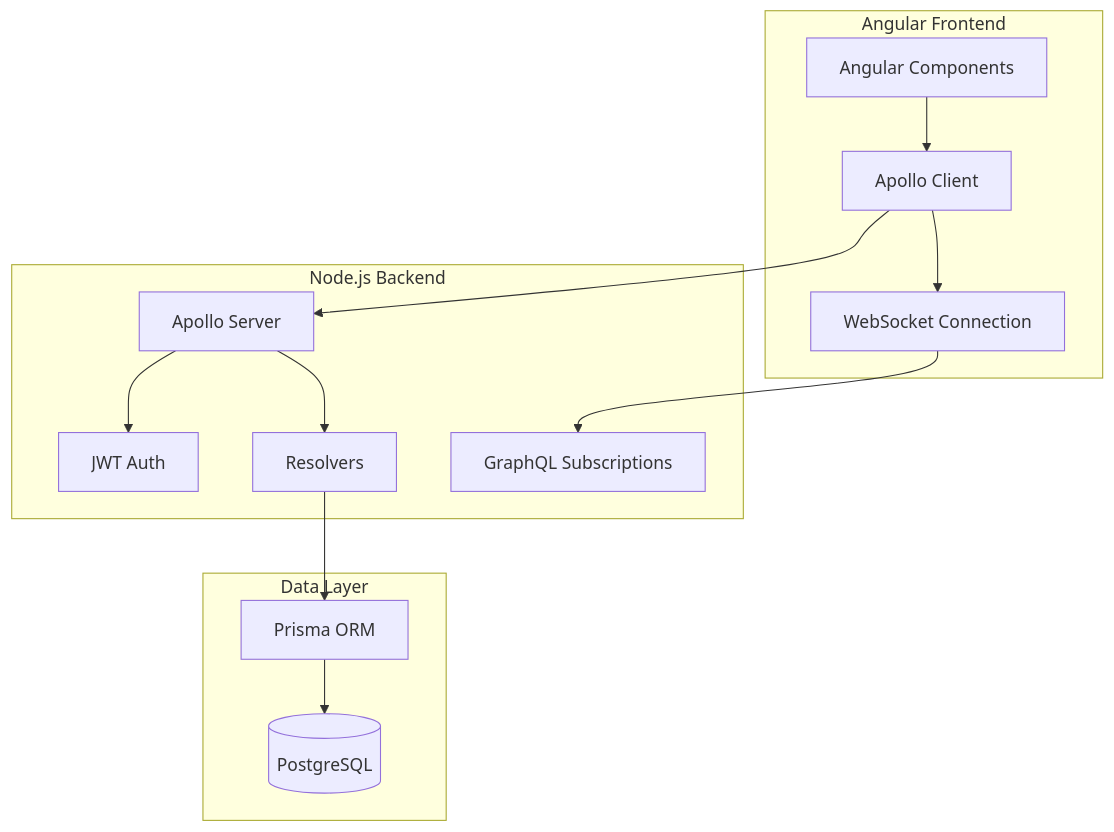
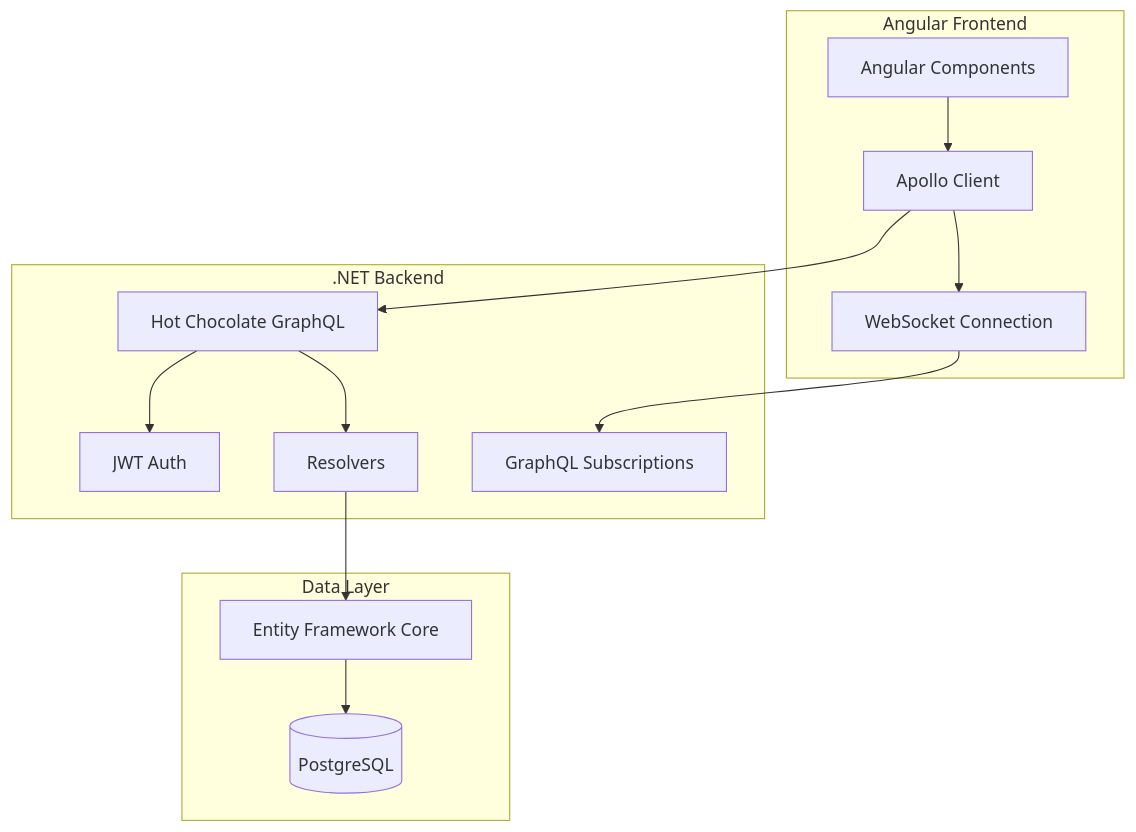
Before and after one commit to szanyimark/chat-app: the first of 2 diagrams in plan.md, drawn with Mermaid. The commit also changed other lines of this file, not shown here.

Commit message:
update plan: use .net

````diff
--- a/plan.md
+++ b/plan.md
@@ -34,29 +34,29 @@
 ```mermaid
 graph TB
     subgraph Client["Angular Frontend"]
         UI[Angular Components]
         Apollo[Apollo Client]
         WS[WebSocket Connection]
     end
     
-    subgraph Server["Node.js Backend"]
-        API[Apollo Server]
+    subgraph Server[".NET Backend"]
+        API[Hot Chocolate GraphQL]
         Auth[JWT Auth]
         Sub[GraphQL Subscriptions]
         Resolvers[Resolvers]
     end
     
     subgraph Data["Data Layer"]
-        Prisma[Prisma ORM]
+        EF[Entity Framework Core]
         DB[(PostgreSQL)]
     end
     
     UI --> Apollo
     Apollo --> API
     Apollo --> WS
     WS --> Sub
     API --> Auth
     API --> Resolvers
-    Resolvers --> Prisma
-    Prisma --> DB
+    Resolvers --> EF
+    EF --> DB
 ```
````
